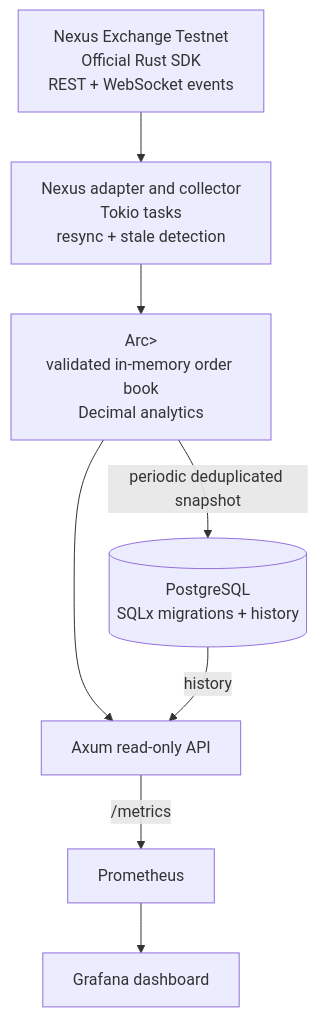
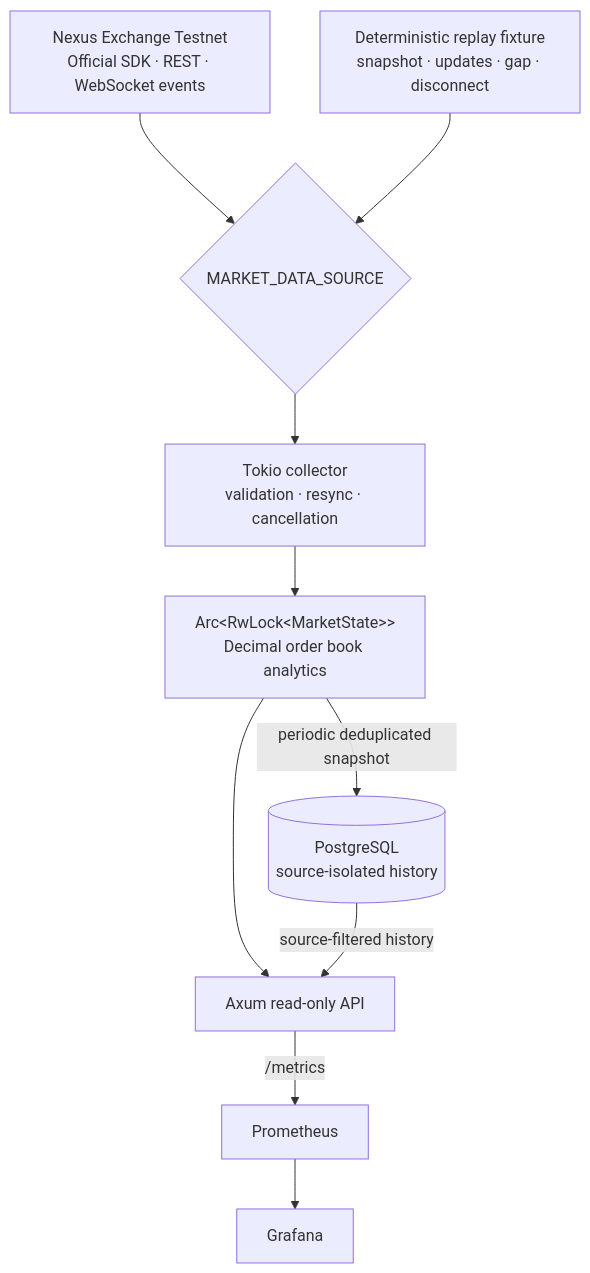
Before and after one commit to salmoriadev/nexus-market-observer: the diagram in README.md, drawn with Mermaid. The commit also changed other lines of this file and 3 other files, not shown here.

Commit message:
docs: present Nexus Market Observer portfolio demo

````diff
--- a/README.md
+++ b/README.md
@@ -23,18 +50,22 @@
 ```mermaid
 flowchart TD
-    Nexus["Nexus Exchange Testnet\nOfficial Rust SDK\nREST + WebSocket events"]
-    Collector["Nexus adapter and collector\nTokio tasks\nresync + stale detection"]
-    State["Arc<RwLock<MarketState>>\nvalidated in-memory order book\nDecimal analytics"]
+    Live["Nexus Exchange Testnet\nOfficial SDK · REST · WebSocket events"]
+    Replay["Deterministic replay fixture\nsnapshot · updates · gap · disconnect"]
+    Select{"MARKET_DATA_SOURCE"}
+    Collector["Tokio collector\nvalidation · resync · cancellation"]
+    State["Arc&lt;RwLock&lt;MarketState&gt;&gt;\nDecimal order book analytics"]
     API["Axum read-only API"]
-    DB[("PostgreSQL\nSQLx migrations + history")]
+    DB[("PostgreSQL\nsource-isolated history")]
     Prom["Prometheus"]
-    Grafana["Grafana dashboard"]
+    Grafana["Grafana"]
 
-    Nexus --> Collector
+    Live --> Select
+    Replay --> Select
+    Select --> Collector
     Collector --> State
     State --> API
     State -->|periodic deduplicated snapshot| DB
-    DB -->|history| API
+    DB -->|source-filtered history| API
     API -->|/metrics| Prom
     Prom --> Grafana
 ```
````
